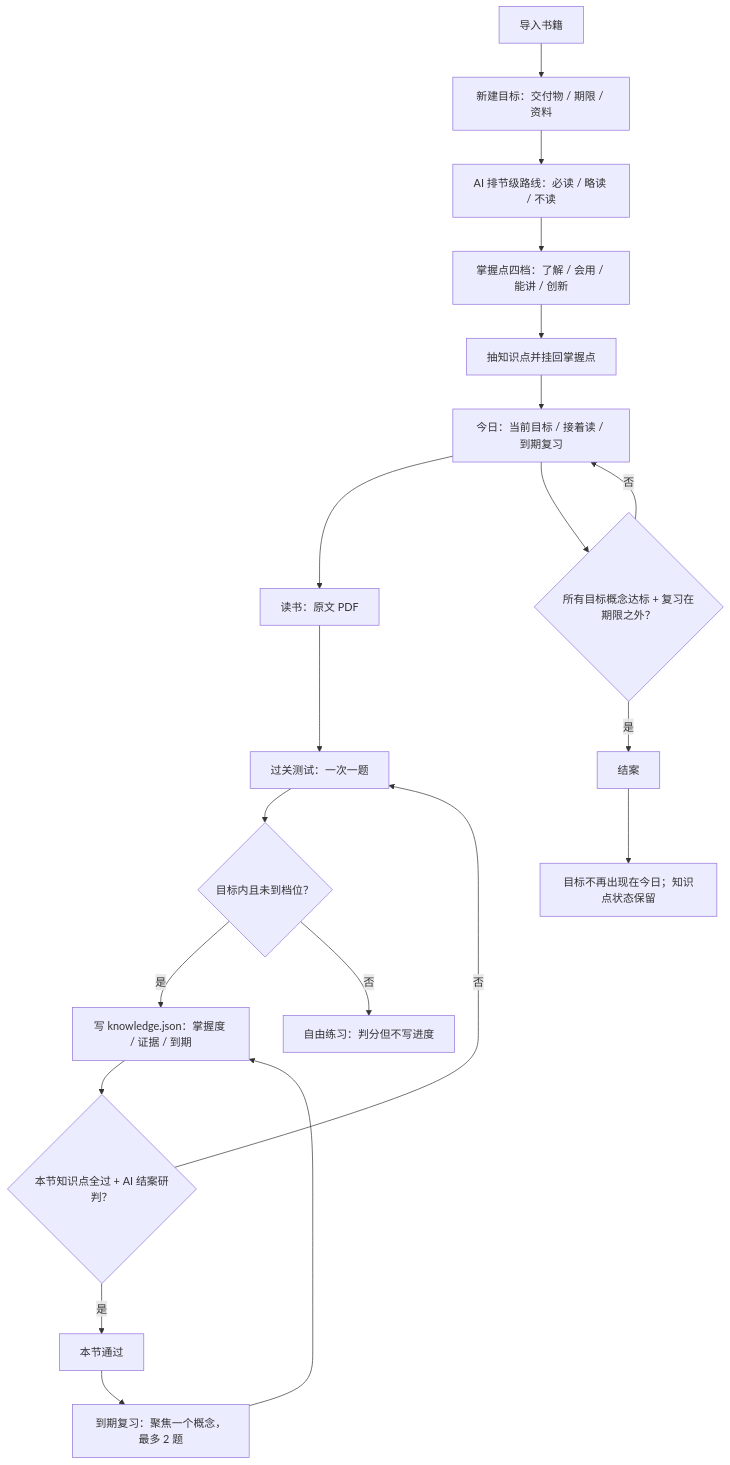
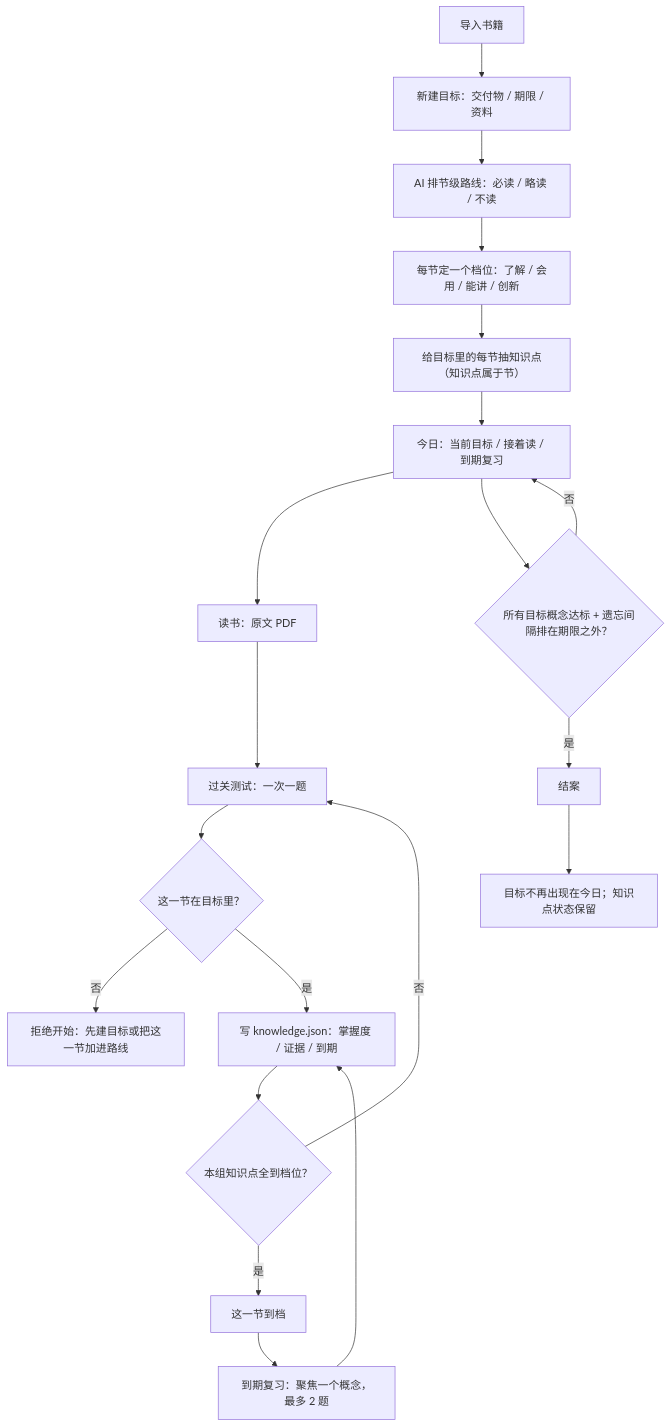
The first of 2 diagrams in README.md (Bejohnself/dsh-study-less), drawn with Mermaid before and after one commit. The commit also changed other lines of this file and 268 other files, not shown here.

````diff
--- a/README.md
+++ b/README.md
@@ -16,22 +16,22 @@
 ```mermaid
 flowchart TD
   A["导入书籍"] --> B["新建目标：交付物 / 期限 / 资料"]
   B --> C["AI 排节级路线：必读 / 略读 / 不读"]
-  C --> D["掌握点四档：了解 / 会用 / 能讲 / 创新"]
-  D --> E["抽知识点并挂回掌握点"]
+  C --> D["每节定一个档位：了解 / 会用 / 能讲 / 创新"]
+  D --> E["给目标里的每节抽知识点（知识点属于节）"]
   E --> F["今日：当前目标 / 接着读 / 到期复习"]
   F --> G["读书：原文 PDF"]
   G --> H["过关测试：一次一题"]
-  H --> I{"目标内且未到档位？"}
+  H --> I{"这一节在目标里？"}
+  I -- "否" --> K["拒绝开始：先建目标或把这一节加进路线"]
   I -- "是" --> J["写 knowledge.json：掌握度 / 证据 / 到期"]
-  I -- "否" --> K["自由练习：判分但不写进度"]
-  J --> L{"本节知识点全过 + AI 结案研判？"}
-  L -- "是" --> M["本节通过"]
+  J --> L{"本组知识点全到档位？"}
+  L -- "是" --> M["这一节到档"]
   L -- "否" --> H
   M --> N["到期复习：聚焦一个概念，最多 2 题"]
   N --> J
-  F --> O{"所有目标概念达标 + 复习在期限之外？"}
+  F --> O{"所有目标概念达标 + 遗忘间隔排在期限之外？"}
   O -- "是" --> P["结案"]
   O -- "否" --> F
   P --> Q["目标不再出现在今日；知识点状态保留"]
 ```
````
